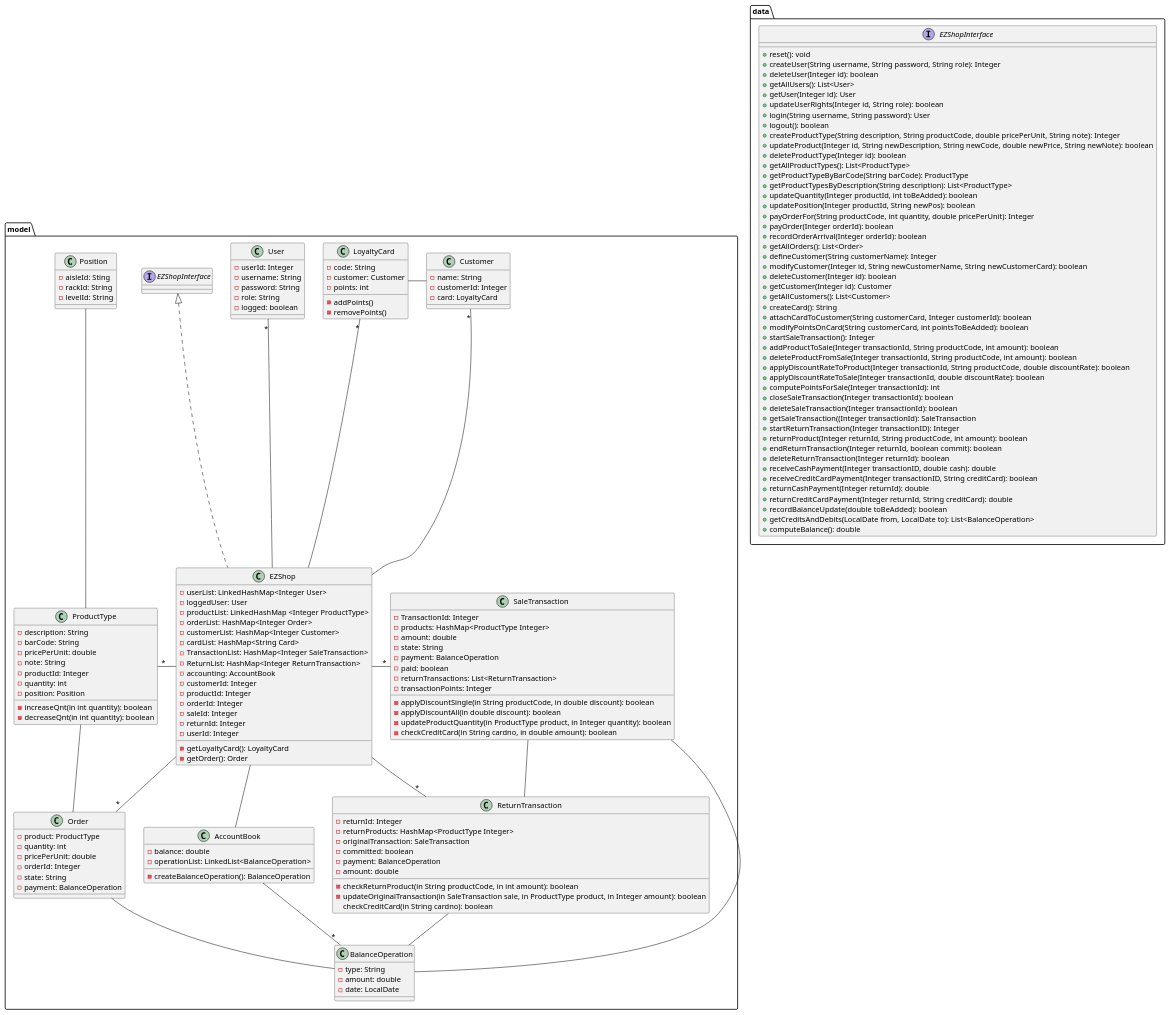
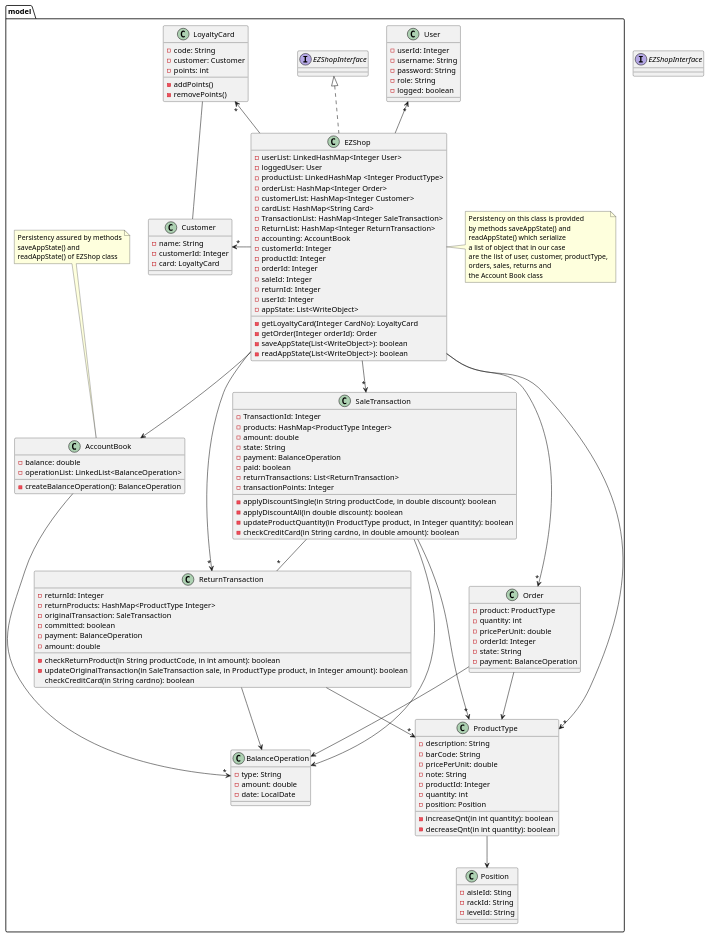
One commit to marco-ballario/EzShop changed the third of 10 diagrams in Deliverables/DesignDocument.md. Above: the diagram before and after it, drawn with PlantUML.

Commit message:
docs: update class diagram - separation of packages

````diff
--- a/Deliverables/DesignDocument.md
+++ b/Deliverables/DesignDocument.md
@@ -51,64 +107,14 @@
 ```plantuml
 @startuml
-package data{
-interface EZShopInterface{
-+ reset(): void
-    + createUser(String username, String password, String role): Integer 
-    + deleteUser(Integer id): boolean 
-+ getAllUsers(): List<User>
-+ getUser(Integer id): User 
-    + updateUserRights(Integer id, String role): boolean 
-    + login(String username, String password): User 
-    + logout(): boolean 
-    + createProductType(String description, String productCode, double pricePerUnit, String note): Integer 
-    + updateProduct(Integer id, String newDescription, String newCode, double newPrice, String newNote): boolean 
-+ deleteProductType(Integer id): boolean 
-    + getAllProductTypes(): List<ProductType> 
-    + getProductTypeByBarCode(String barCode): ProductType
-    + getProductTypesByDescription(String description): List<ProductType>
-    + updateQuantity(Integer productId, int toBeAdded): boolean
-    + updatePosition(Integer productId, String newPos): boolean
-    + payOrderFor(String productCode, int quantity, double pricePerUnit): Integer
-    + payOrder(Integer orderId): boolean
-    + recordOrderArrival(Integer orderId): boolean
-    + getAllOrders(): List<Order>
-    + defineCustomer(String customerName): Integer
-    + modifyCustomer(Integer id, String newCustomerName, String newCustomerCard): boolean
-    + deleteCustomer(Integer id): boolean
-    + getCustomer(Integer id): Customer
-    + getAllCustomers(): List<Customer>
-    + createCard(): String
-    + attachCardToCustomer(String customerCard, Integer customerId): boolean
-    + modifyPointsOnCard(String customerCard, int pointsToBeAdded): boolean
-    + startSaleTransaction(): Integer
-    + addProductToSale(Integer transactionId, String productCode, int amount): boolean
-    + deleteProductFromSale(Integer transactionId, String productCode, int amount): boolean
-    + applyDiscountRateToProduct(Integer transactionId, String productCode, double discountRate): boolean
-    + applyDiscountRateToSale(Integer transactionId, double discountRate): boolean
-    + computePointsForSale(Integer transactionId): int
-    + closeSaleTransaction(Integer transactionId): boolean
-    + deleteSaleTransaction(Integer transactionId): boolean
-    + getSaleTransaction((Integer transactionId): SaleTransaction
-    + startReturnTransaction(Integer transactionID): Integer
-    + returnProduct(Integer returnId, String productCode, int amount): boolean
-    + endReturnTransaction(Integer returnId, boolean commit): boolean
-    + deleteReturnTransaction(Integer returnId): boolean
-    + receiveCashPayment(Integer transactionID, double cash): double
-    + receiveCreditCardPayment(Integer transactionID, String creditCard): boolean
-    + returnCashPayment(Integer returnId): double
-    + returnCreditCardPayment(Integer returnId, String creditCard): double
-    + recordBalanceUpdate(double toBeAdded): boolean
-    + getCreditsAndDebits(LocalDate from, LocalDate to): List<BalanceOperation>
-    + computeBalance(): double
-} 
-}
+interface EZShopInterface{}
+
 package model{
 class EZShop implements EZShopInterface{
-    -userList: LinkedHashMap<Integer User>
-    -loggedUser: User
-    -productList: LinkedHashMap <Integer ProductType>
-    -orderList: HashMap<Integer Order>
-    -customerList: HashMap<Integer Customer>
+-userList: LinkedHashMap<Integer User>
+-loggedUser: User
+-productList: LinkedHashMap <Integer ProductType>
+-orderList: HashMap<Integer Order>
+-customerList: HashMap<Integer Customer>
 -cardList: HashMap<String Card>
 -TransactionList: HashMap<Integer SaleTransaction>
 -ReturnList: HashMap<Integer ReturnTransaction>
@@ -119,9 +125,11 @@
 -saleId: Integer
 -returnId: Integer
 -userId: Integer
--getLoyaltyCard(): LoyaltyCard
--getOrder(): Order
-
+-appState: List<WriteObject>
+-getLoyaltyCard(Integer CardNo): LoyaltyCard
+-getOrder(Integer orderId): Order
+-saveAppState(List<WriteObject>): boolean
+-readAppState(List<WriteObject>): boolean
 }
 class User{
     -userId: Integer
@@ -211,22 +219,33 @@
 checkCreditCard(in String cardno): boolean
 }
 
-EZShop -u-"*"User
-EZShop -u-"*"Customer
-EZShop -u-"*"LoyaltyCard
-Customer -l- LoyaltyCard
-EZShop -d-AccountBook
-AccountBook-d-"*"BalanceOperation
-EZShop -r- "*"ReturnTransaction 
-EZShop -r- "*"SaleTransaction 
-SaleTransaction -d- ReturnTransaction
-EZShop -d- "*"Order
-EZShop -l- "*"ProductType
-Order -u- ProductType
-ProductType -u- Position
-Order -r- BalanceOperation
-SaleTransaction-r- BalanceOperation
-ReturnTransaction-r- BalanceOperation
-}
+EZShop -u->"*"User
+EZShop -l->"*"Customer
+EZShop -l->"*"LoyaltyCard
+Customer -u- LoyaltyCard
+EZShop --> AccountBook
+AccountBook -->"*"BalanceOperation
+EZShop --> "*"ReturnTransaction 
+EZShop --> "*"SaleTransaction 
+SaleTransaction --"*" ReturnTransaction
+EZShop --> "*"Order
+EZShop --> "*"ProductType
+SaleTransaction  -->"*" ProductType
+ReturnTransaction  -->"*" ProductType
+Order --> ProductType
+ProductType --> Position
+Order --> BalanceOperation
+SaleTransaction --> BalanceOperation
+ReturnTransaction--> BalanceOperation
+
+
+
+note "Persistency on this class is provided \nby methods saveAppState() and \nreadAppState() which serialize\na list of object that in our case \nare the list of user, customer, productType,\norders, sales, returns and \nthe Account Book class" as N1
+
+
+note "Persistency assured by methods\nsaveAppState() and \nreadAppState() of EZShop class" as N2
+
+EZShop .r. N1
+AccountBook .u. N2
 @enduml
 ```
````
